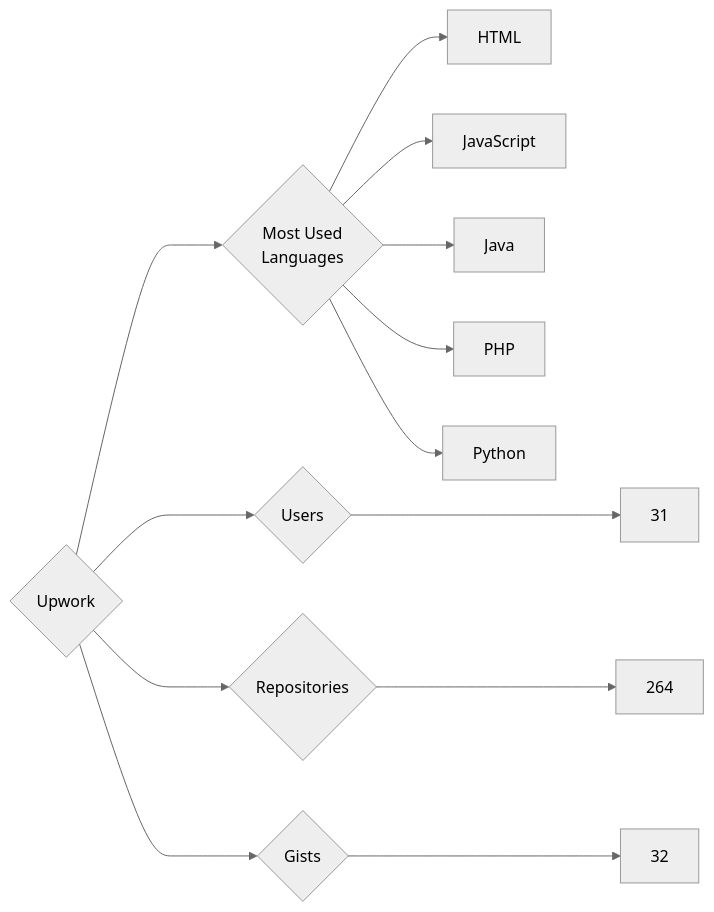
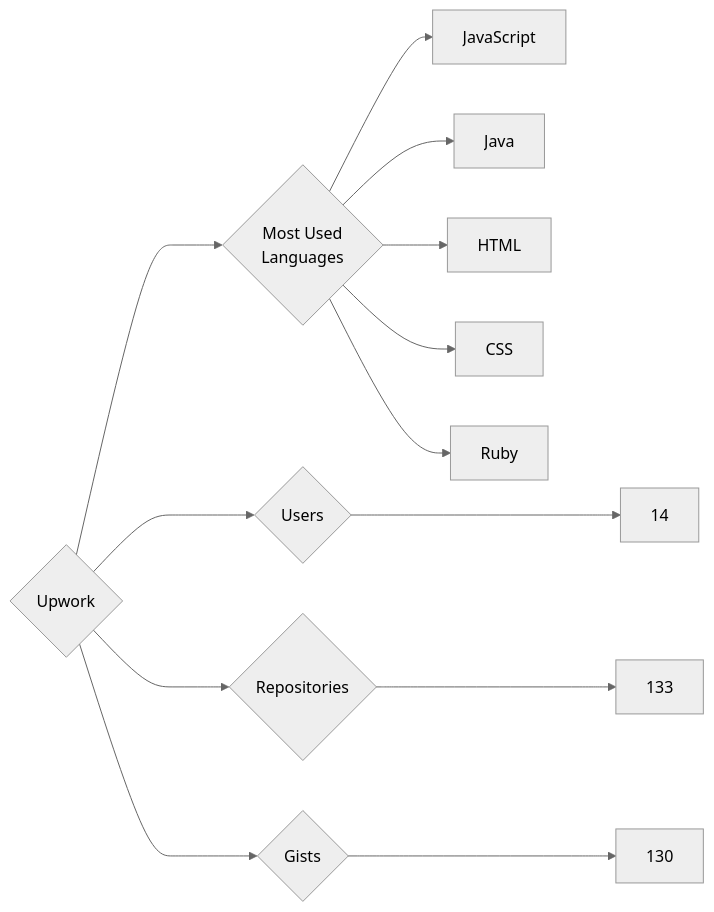
Before and after one commit to trickest/insiders: the diagram in targets/Upwork/README.md, drawn with Mermaid (neutral theme). The commit also changed 815 other files, not shown here.

````diff
--- a/targets/Upwork/README.md
+++ b/targets/Upwork/README.md
@@ -3,13 +3,13 @@
 ```mermaid
 graph LR
 COMPANY_NAME{Upwork}
-COMPANY_NAME ---> U{Users} ---> UN[31]
-COMPANY_NAME ---> R{Repositories} ---> RN[264]
-COMPANY_NAME ---> G{Gists} ---> GN[32]
+COMPANY_NAME ---> U{Users} ---> UN[14]
+COMPANY_NAME ---> R{Repositories} ---> RN[133]
+COMPANY_NAME ---> G{Gists} ---> GN[130]
 COMPANY_NAME ---> ML{Most Used<br>Languages}
-ML --> HTML[HTML]
 ML --> JavaScript[JavaScript]
 ML --> Java[Java]
-ML --> PHP[PHP]
-ML --> Python[Python]
+ML --> HTML[HTML]
+ML --> CSS[CSS]
+ML --> Ruby[Ruby]
 ```
````
